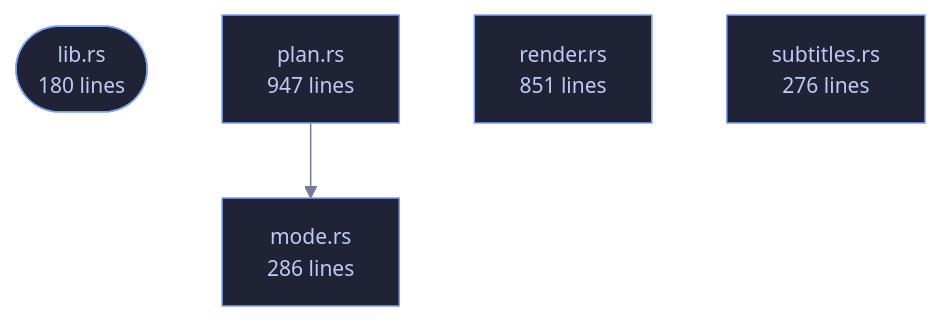
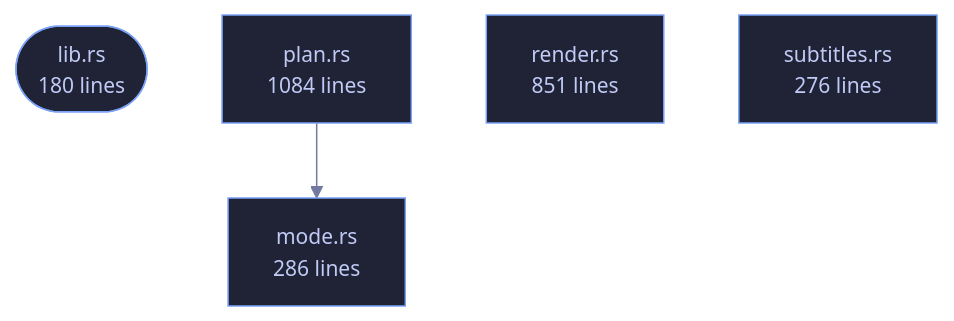
Before and after one commit to tilas01/veilvoice: the diagram in crates/veilvoice-conversation/README.md, drawn with Mermaid. The commit also changed other lines of this file and 17 other files, not shown here.

````diff
--- a/crates/veilvoice-conversation/README.md
+++ b/crates/veilvoice-conversation/README.md
@@ -104,15 +104,15 @@
 ```mermaid
 %%{init: {"theme":"base","themeVariables":{"background":"#1a1b26","primaryColor":"#1f2335","primaryTextColor":"#c0caf5","primaryBorderColor":"#7aa2f7","secondaryColor":"#16161e","tertiaryColor":"#16161e","lineColor":"#737aa2","textColor":"#c0caf5","mainBkg":"#1f2335","nodeBorder":"#7aa2f7","clusterBkg":"#16161e","clusterBorder":"#2f3549","fontFamily":"ui-monospace, SFMono-Regular, Consolas, monospace","fontSize":"14px"}}}%%
 flowchart TD
     n_lib(["lib.rs<br/>180 lines"])
     n_mode["mode.rs<br/>286 lines"]
-    n_plan["plan.rs<br/>947 lines"]
+    n_plan["plan.rs<br/>1084 lines"]
     n_render["render.rs<br/>851 lines"]
     n_subtitles["subtitles.rs<br/>276 lines"]
     n_plan --> n_mode
     click n_lib href "https://github.com/tilas01/veilvoice/blob/main/crates/veilvoice-conversation/src/lib.rs" "open the source"
     click n_mode href "https://github.com/tilas01/veilvoice/blob/main/crates/veilvoice-conversation/src/mode.rs" "open the source"
     click n_plan href "https://github.com/tilas01/veilvoice/blob/main/crates/veilvoice-conversation/src/plan.rs" "open the source"
     click n_render href "https://github.com/tilas01/veilvoice/blob/main/crates/veilvoice-conversation/src/render.rs" "open the source"
     click n_subtitles href "https://github.com/tilas01/veilvoice/blob/main/crates/veilvoice-conversation/src/subtitles.rs" "open the source"
 ```
````
